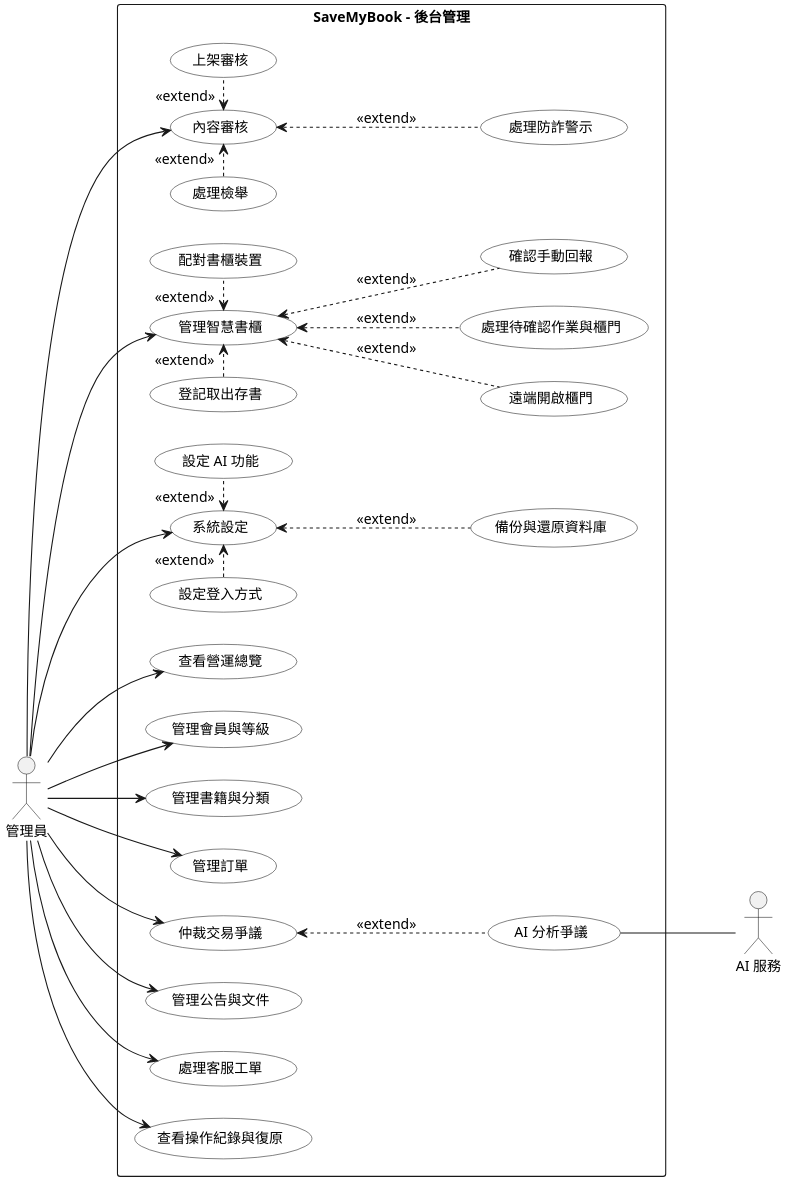
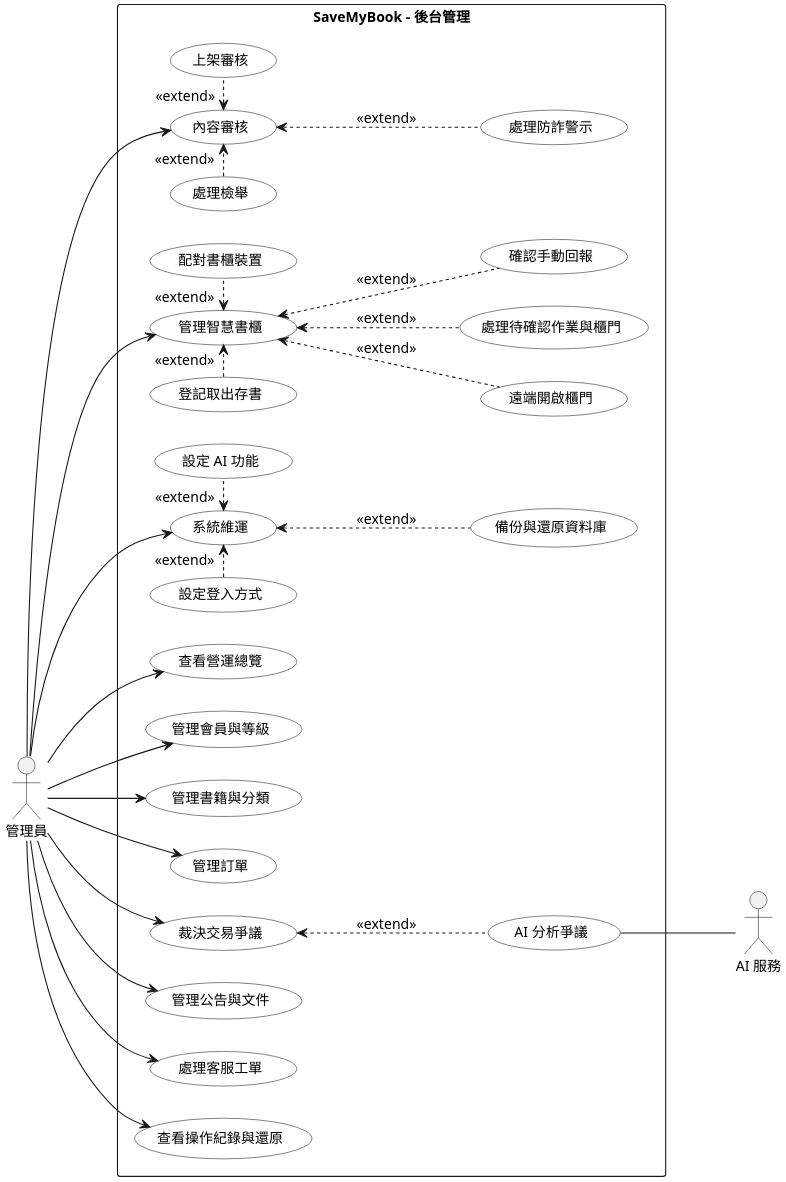
Before and after one commit to SaveMyBook/SaveMyBook: the diagram in Diagrams/Use Case/v3/uc_admin.puml, drawn with PlantUML. The commit also changed 288 other files, not shown here.

```diff
--- a/Diagrams/Use Case/v3/uc_admin.puml
+++ b/Diagrams/Use Case/v3/uc_admin.puml
@@ -1,67 +1,67 @@
 @startuml
 skinparam monochrome true
 skinparam shadowing false
 skinparam dpi 220
 skinparam defaultFontName "PingFang TC"
 skinparam defaultFontSize 13
 skinparam usecase {
   BackgroundColor white
 }
 skinparam nodesep 30
 skinparam ranksep 80
 left to right direction
 
 actor 管理員
 actor "AI 服務" as AI
 
 rectangle "SaveMyBook - 後台管理" {
   usecase "查看營運總覽" as overview
   usecase "管理會員與等級" as members
   usecase "管理書籍與分類" as books
   usecase "內容審核" as moderation
   usecase "上架審核" as review
   usecase "處理檢舉" as report
   usecase "處理防詐警示" as risk
   usecase "管理訂單" as orders
-  usecase "仲裁交易爭議" as dispute
+  usecase "裁決交易爭議" as dispute
   usecase "AI 分析爭議" as aianalysis
   usecase "管理智慧書櫃" as cabinets
   usecase "配對書櫃裝置" as pair
   usecase "遠端開啟櫃門" as remote
   usecase "處理待確認作業與櫃門" as cabreview
   usecase "確認手動回報" as cabmanual
   usecase "登記取出存書" as clear
   usecase "管理公告與文件" as content
   usecase "處理客服工單" as tickets
-  usecase "系統設定" as settings
+  usecase "系統維運" as settings
   usecase "設定 AI 功能" as ai
   usecase "設定登入方式" as signin
   usecase "備份與還原資料庫" as backup
-  usecase "查看操作紀錄與復原" as logs
+  usecase "查看操作紀錄與還原" as logs
 }
 
 管理員 --> overview
 管理員 --> members
 管理員 --> books
 管理員 --> moderation
 moderation <. "«extend»" review
 report "«extend»" .> moderation
 moderation <.. risk : <<extend>>
 管理員 --> orders
 管理員 --> dispute
 dispute <.. aianalysis : <<extend>>
 aianalysis -- AI
 管理員 --> cabinets
 cabinets <. "«extend»" pair
 cabinets <.. remote : <<extend>>
 cabinets <.. cabreview : <<extend>>
 cabinets <.. cabmanual : <<extend>>
 clear "«extend»" .> cabinets
 管理員 --> content
 管理員 --> tickets
 管理員 --> settings
 settings <. "«extend»" ai
 signin "«extend»" .> settings
 settings <.. backup : <<extend>>
 管理員 --> logs
 @enduml
```
